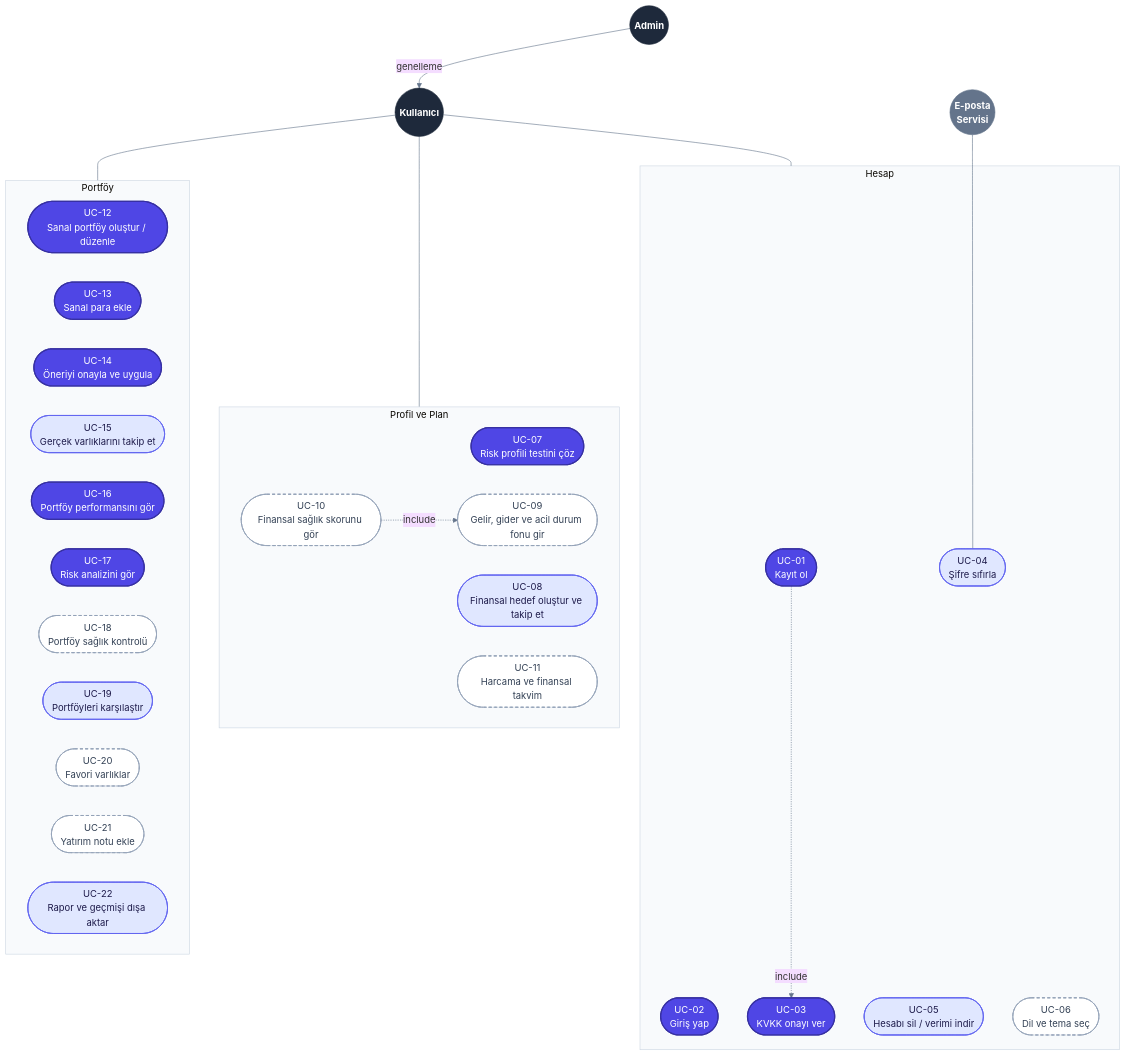
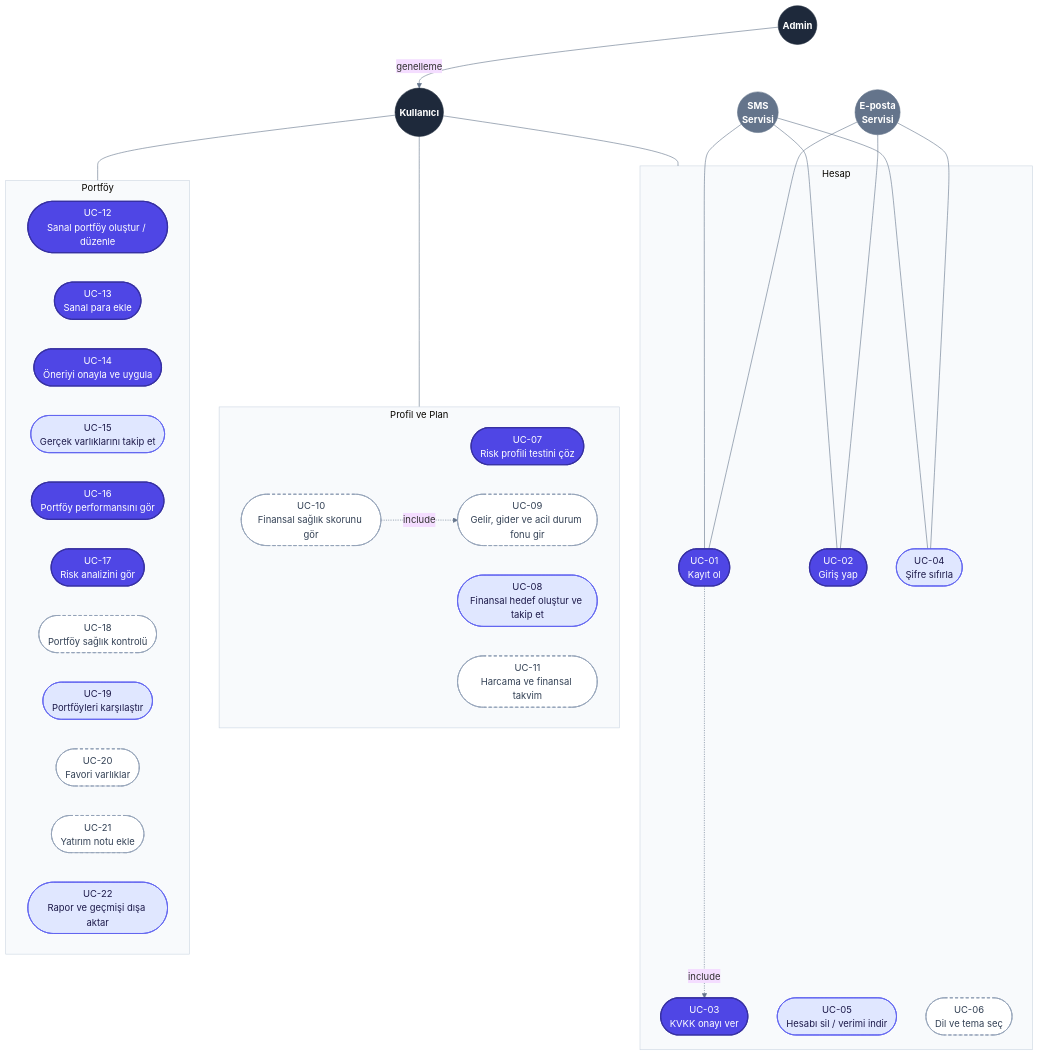
Before and after one commit to isambais/portfoyai: the first of 3 diagrams in docs/diagrams/use_case.md, drawn with Mermaid. The commit also changed other lines of this file and 1 other file, not shown here.

Commit message:
docs: add 2FA with email and SMS verification

````diff
--- a/docs/diagrams/use_case.md
+++ b/docs/diagrams/use_case.md
@@ -18,63 +18,70 @@
 ```mermaid
 %%{init: {'theme':'base', 'themeVariables': {'fontFamily':'Arial', 'lineColor':'#64748B', 'clusterBkg':'#F8FAFC', 'clusterBorder':'#CBD5E1'}}}%%
 flowchart TB
     %% ===== AKTÖRLER =====
     U((Kullanıcı))
     A((Admin))
     E((E-posta<br/>Servisi))
+    S((SMS<br/>Servisi))
 
     %% ===== GRUPLAR =====
     subgraph G1[" Hesap "]
         UC01([UC-01<br/>Kayıt ol])
         UC02([UC-02<br/>Giriş yap])
         UC03([UC-03<br/>KVKK onayı ver])
         UC04([UC-04<br/>Şifre sıfırla])
         UC05([UC-05<br/>Hesabı sil / verimi indir])
         UC06([UC-06<br/>Dil ve tema seç])
     end
 
     subgraph G2[" Profil ve Plan "]
         UC07([UC-07<br/>Risk profili testini çöz])
         UC08([UC-08<br/>Finansal hedef oluştur ve takip et])
         UC09([UC-09<br/>Gelir, gider ve acil durum fonu gir])
         UC10([UC-10<br/>Finansal sağlık skorunu gör])
         UC11([UC-11<br/>Harcama ve finansal takvim])
     end
 
     subgraph G3[" Portföy "]
         UC12([UC-12<br/>Sanal portföy oluştur / düzenle])
         UC13([UC-13<br/>Sanal para ekle])
         UC14([UC-14<br/>Öneriyi onayla ve uygula])
         UC15([UC-15<br/>Gerçek varlıklarını takip et])
         UC16([UC-16<br/>Portföy performansını gör])
         UC17([UC-17<br/>Risk analizini gör])
         UC18([UC-18<br/>Portföy sağlık kontrolü])
         UC19([UC-19<br/>Portföyleri karşılaştır])
         UC20([UC-20<br/>Favori varlıklar])
         UC21([UC-21<br/>Yatırım notu ekle])
         UC22([UC-22<br/>Rapor ve geçmişi dışa aktar])
     end
 
     %% ===== BAĞLANTILAR =====
     A -- genelleme --> U
     A ~~~ E
+    A ~~~ S
     U --- G1
     U --- G2
     U --- G3
+    E --- UC01
+    E --- UC02
     E --- UC04
+    S --- UC01
+    S --- UC02
+    S --- UC04
     UC01 -. include .-> UC03
     UC10 -. include .-> UC09
 
     %% ===== STİL (renk = öncelik) =====
     classDef actor fill:#1E293B,stroke:#1E293B,color:#FFFFFF,font-weight:bold
     classDef ext fill:#64748B,stroke:#64748B,color:#FFFFFF,font-weight:bold
     classDef must fill:#4F46E5,stroke:#3730A3,stroke-width:2px,color:#FFFFFF
     classDef should fill:#E0E7FF,stroke:#6366F1,stroke-width:1.5px,color:#1E1B4B
     classDef could fill:#FFFFFF,stroke:#94A3B8,stroke-width:1.5px,stroke-dasharray:5 4,color:#334155
 
     class U,A actor
-    class E ext
+    class E,S ext
     class UC01,UC02,UC03,UC07,UC12,UC13,UC14,UC16,UC17 must
     class UC04,UC05,UC08,UC15,UC19,UC22 should
     class UC06,UC09,UC10,UC11,UC18,UC20,UC21 could
 ```
````
